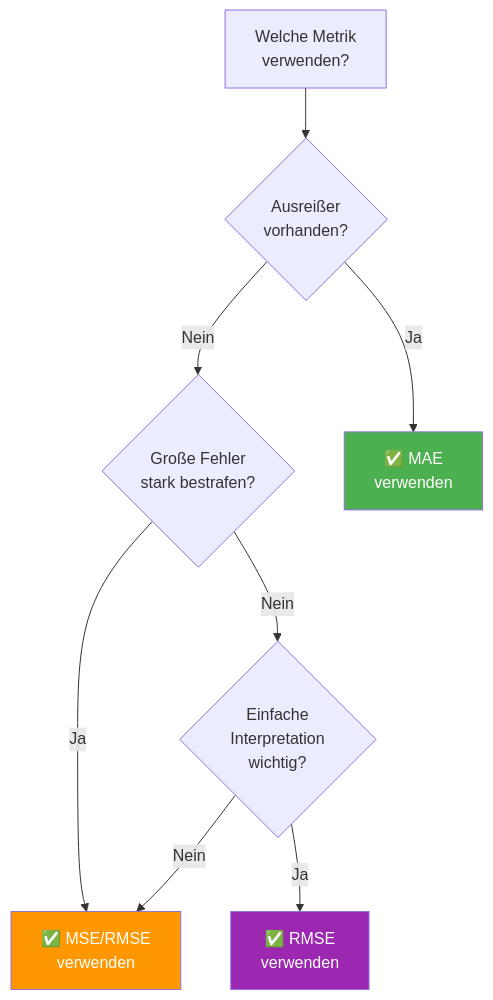
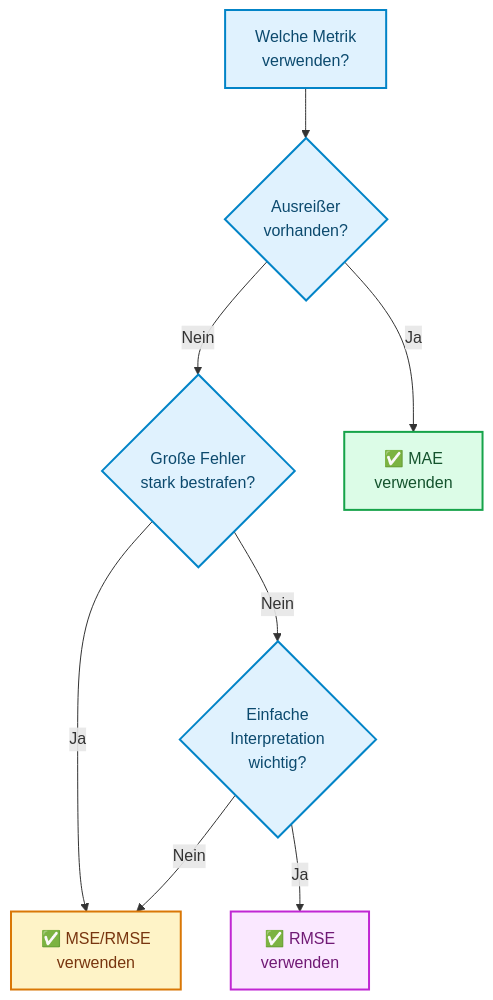
The fifth of 9 diagrams in docs/concepts/evaluate/bewertung_regression.md (ralf-42/ML_Intro), drawn with Mermaid before and after one commit. The commit also changed other lines of this file and 67 other files, not shown here.

````diff
--- a/docs/concepts/evaluate/bewertung_regression.md
+++ b/docs/concepts/evaluate/bewertung_regression.md
@@ -244,24 +250,28 @@
 ```mermaid
 flowchart TD
     START["Welche Metrik<br/>verwenden?"]
     
     OUTLIER{"Ausreißer<br/>vorhanden?"}
     INTERPRET{"Einfache<br/>Interpretation<br/>wichtig?"}
     PENALTY{"Große Fehler<br/>stark bestrafen?"}
     
     MAE_CHOICE["✅ MAE<br/>verwenden"]
     MSE_CHOICE["✅ MSE/RMSE<br/>verwenden"]
     RMSE_CHOICE["✅ RMSE<br/>verwenden"]
     
     START --> OUTLIER
     OUTLIER -->|Ja| MAE_CHOICE
     OUTLIER -->|Nein| PENALTY
     PENALTY -->|Ja| MSE_CHOICE
     PENALTY -->|Nein| INTERPRET
     INTERPRET -->|Ja| RMSE_CHOICE
     INTERPRET -->|Nein| MSE_CHOICE
-    
-    style MAE_CHOICE fill:#4CAF50,color:#fff
-    style MSE_CHOICE fill:#FF9800,color:#fff
-    style RMSE_CHOICE fill:#9C27B0,color:#fff
+
+    classDef default fill:#e0f2fe,stroke:#0284c7,stroke-width:2px,color:#0c4a6e;
+    classDef metric fill:#fef3c7,stroke:#d97706,stroke-width:2px,color:#78350f;
+    classDef output fill:#dcfce7,stroke:#16a34a,stroke-width:2px,color:#14532d;
+    classDef target fill:#fae8ff,stroke:#c026d3,stroke-width:2px,color:#701a75;
+    class MSE_CHOICE metric;
+    class MAE_CHOICE output;
+    class RMSE_CHOICE target;
 ```
````
